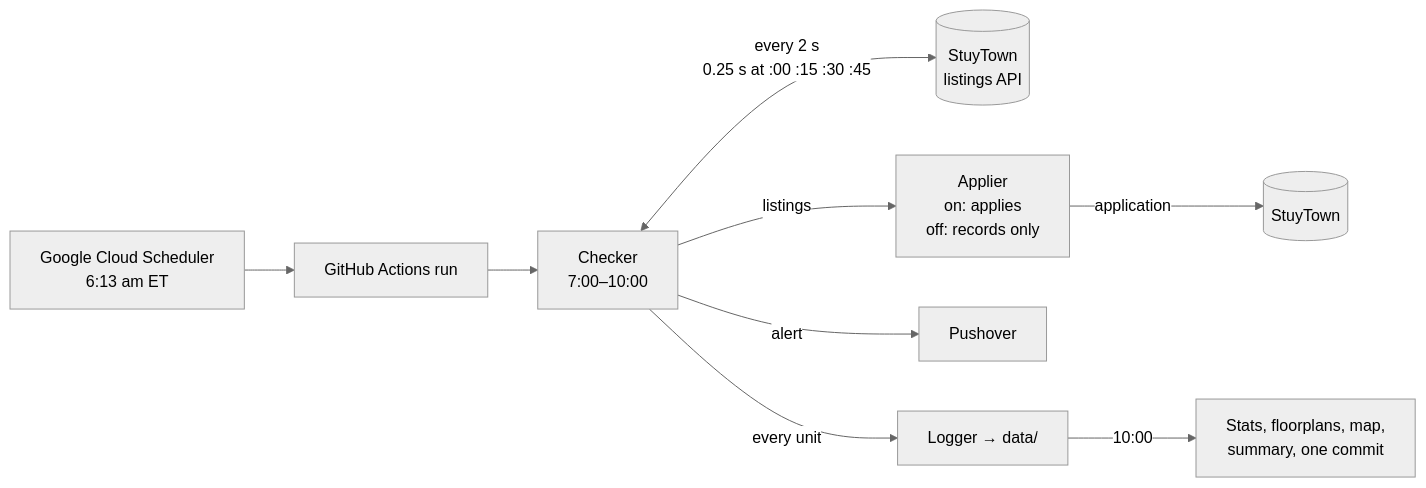
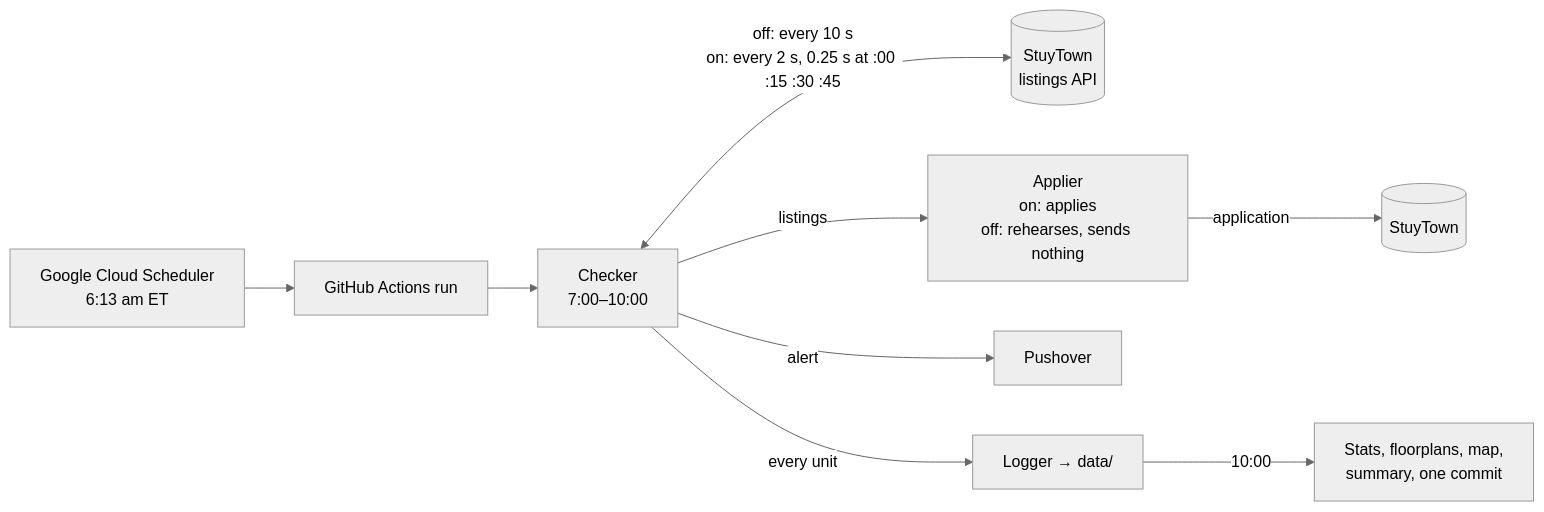
One commit to cshoffmann/stuytown-affordable-housing-watcher changed the diagram in README.md. Above: the diagram before and after it, drawn with Mermaid (neutral theme). The commit also changed other lines of this file and 6 other files, not shown here.

First line of the commit message:
Auto-apply off: check every 10 s, rehearse the form daily, keep a daily log

````diff
--- a/README.md
+++ b/README.md
@@ -10,11 +10,11 @@
 ```mermaid
 flowchart LR
     S["Google Cloud Scheduler<br/>6:13 am ET"] --> R["GitHub Actions run"]
     R --> C["Checker<br/>7:00–10:00"]
-    C <-->|"every 2 s<br/>0.25 s at :00 :15 :30 :45"| API[("StuyTown<br/>listings API")]
-    C -->|"listings"| A["Applier<br/>on: applies<br/>off: records only"]
+    C <-->|"off: every 10 s<br/>on: every 2 s, 0.25 s at :00 :15 :30 :45"| API[("StuyTown<br/>listings API")]
+    C -->|"listings"| A["Applier<br/>on: applies<br/>off: rehearses, sends nothing"]
     A -->|"application"| ST[("StuyTown")]
     C -->|"alert"| P["Pushover"]
     C -->|"every unit"| L["Logger → data/"]
     L -->|"10:00"| W["Stats, floorplans, map,<br/>summary, one commit"]
 ```
````
